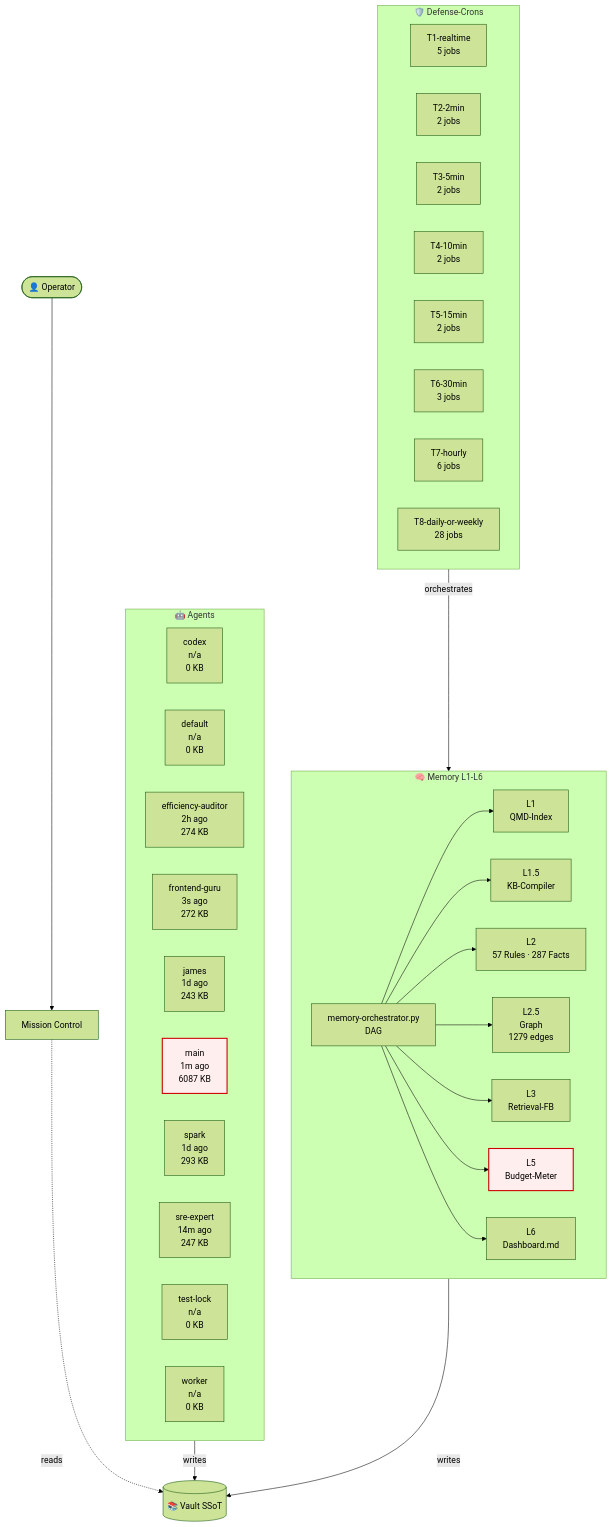
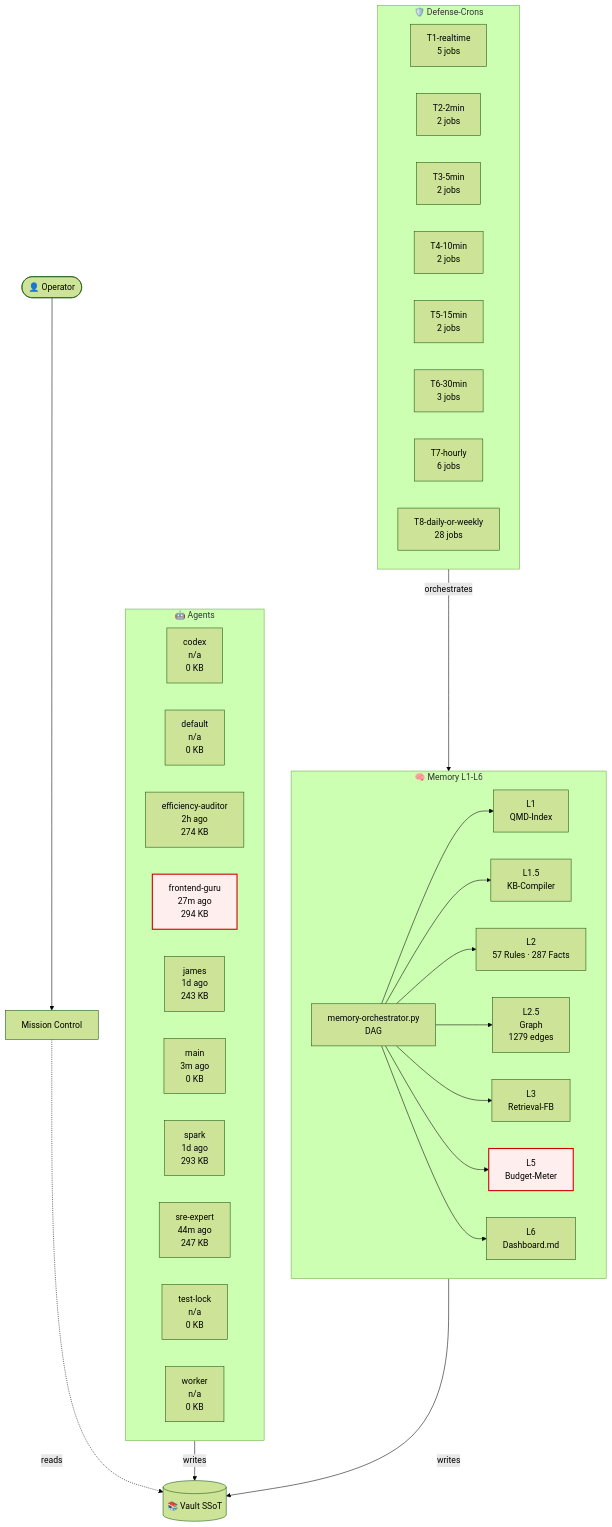
One commit to lenardhuebner88-rgb/openclaw-memory changed the diagram in 03-Agents/architecture-live.md. Above: the diagram before and after it, drawn with Mermaid (forest theme). The commit also changed other lines of this file and 19 other files, not shown here.

````diff
--- a/03-Agents/architecture-live.md
+++ b/03-Agents/architecture-live.md
@@ -18,53 +18,53 @@
 ```mermaid
 flowchart TB
     classDef critical fill:#fee,stroke:#c00,stroke-width:2px;
     subgraph AGT["🤖 Agents"]
         agent_codex["codex<br/>n/a<br/>0 KB"]
         agent_default["default<br/>n/a<br/>0 KB"]
         agent_efficiency_auditor["efficiency-auditor<br/>2h ago<br/>274 KB"]
-        agent_frontend_guru["frontend-guru<br/>3s ago<br/>272 KB"]
+        agent_frontend_guru["frontend-guru<br/>27m ago<br/>294 KB"]
         agent_james["james<br/>1d ago<br/>243 KB"]
-        agent_main["main<br/>1m ago<br/>6087 KB"]
+        agent_main["main<br/>3m ago<br/>0 KB"]
         agent_spark["spark<br/>1d ago<br/>293 KB"]
-        agent_sre_expert["sre-expert<br/>14m ago<br/>247 KB"]
+        agent_sre_expert["sre-expert<br/>44m ago<br/>247 KB"]
         agent_test_lock["test-lock<br/>n/a<br/>0 KB"]
         agent_worker["worker<br/>n/a<br/>0 KB"]
     end
     subgraph MEM["🧠 Memory L1-L6"]
         L1["L1<br/>QMD-Index"]
         L15["L1.5<br/>KB-Compiler"]
         L2["L2<br/>57 Rules · 287 Facts"]
         L25["L2.5<br/>Graph<br/>1279 edges"]
         L3["L3<br/>Retrieval-FB"]
         L5["L5<br/>Budget-Meter"]
         L6["L6<br/>Dashboard.md"]
         ORCH["memory-orchestrator.py<br/>DAG"]
     end
     subgraph CRN["🛡️ Defense-Crons"]
         tier_T1_realtime["T1-realtime<br/>5 jobs"]
         tier_T2_2min["T2-2min<br/>2 jobs"]
         tier_T3_5min["T3-5min<br/>2 jobs"]
         tier_T4_10min["T4-10min<br/>2 jobs"]
         tier_T5_15min["T5-15min<br/>2 jobs"]
         tier_T6_30min["T6-30min<br/>3 jobs"]
         tier_T7_hourly["T7-hourly<br/>6 jobs"]
         tier_T8_daily_or_weekly["T8-daily-or-weekly<br/>28 jobs"]
     end
     VAULT[("📚 Vault SSoT")]
     OP([👤 Operator])
     MC["Mission Control"]
     OP --> MC
     MC -.reads.-> VAULT
     AGT -->|writes| VAULT
     MEM -->|writes| VAULT
     ORCH --> L1
     ORCH --> L15
     ORCH --> L2
     ORCH --> L25
     ORCH --> L3
     ORCH --> L5
     ORCH --> L6
     CRN -->|orchestrates| MEM
     class L5 critical
-    class agent_main critical
+    class agent_frontend_guru critical
 ```
````
